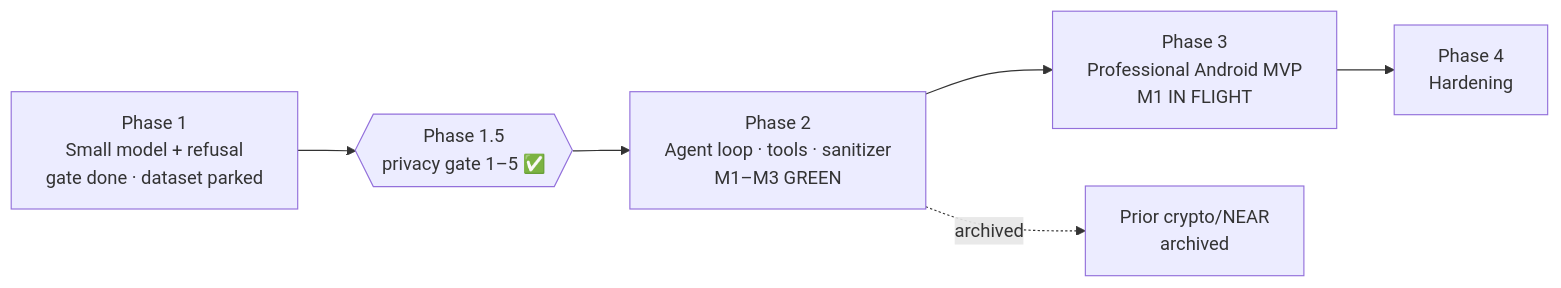
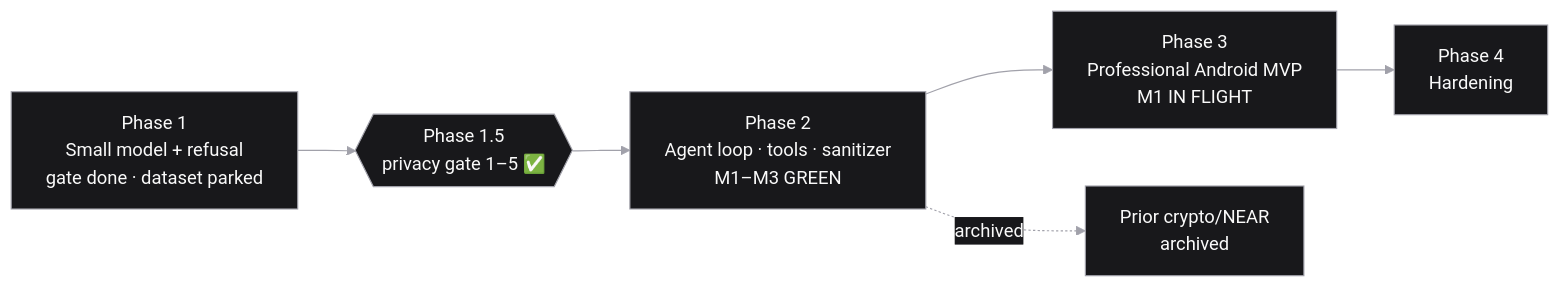
The diagram in ROADMAP.md (9lordisgod/salomon), drawn with Mermaid before and after one commit. The commit also changed other lines of this file and 1 other file, not shown here.

Commit message:
docs: soft sync after org pass — ROADMAP zinc chart; Phase3 runbook niche align

````diff
--- a/ROADMAP.md
+++ b/ROADMAP.md
@@ -6,8 +6,12 @@
 ```mermaid
+%%{init: {'theme':'base','themeVariables':{'background':'#0a0a0a','primaryColor':'#18181b','primaryTextColor':'#fafafa','primaryBorderColor':'#a1a1aa','secondaryColor':'#09090b','secondaryBorderColor':'#71717a','tertiaryColor':'#27272a','lineColor':'#a1a1aa','textColor':'#fafafa','mainBkg':'#18181b','nodeBorder':'#a1a1aa','clusterBkg':'#000000','titleColor':'#fafafa','edgeLabelBackground':'#18181b'}}}%%
 flowchart LR
   P1[Phase 1<br/>Small model + refusal<br/>gate done · dataset parked] --> G{{Phase 1.5<br/>privacy gate 1–5 ✅}}
   G --> P2[Phase 2<br/>Agent loop · tools · sanitizer<br/>M1–M3 GREEN]
   P2 --> P3[Phase 3<br/>Professional Android MVP<br/>M1 IN FLIGHT]
   P3 --> P4[Phase 4<br/>Hardening]
   P2 -.archived.-> X[Prior crypto/NEAR<br/>archived]
+
+  classDef mono fill:#18181b,stroke:#a1a1aa,color:#fafafa
+  class P1,G,P2,P3,P4,X mono
 ```
````
